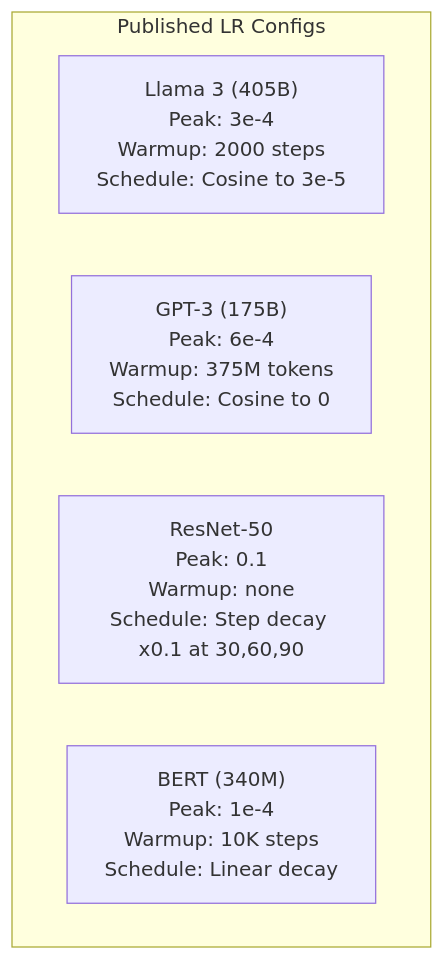
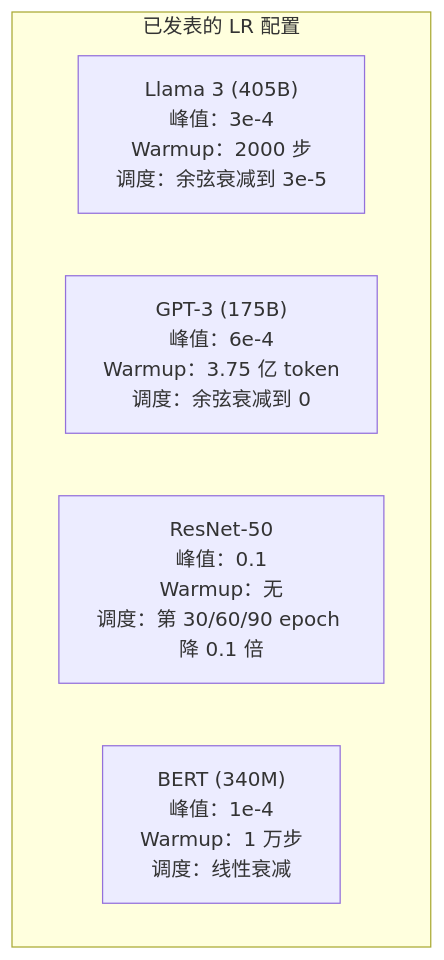
Before and after one commit to alessandrodinisio-ai/ai-engineering-learning-framework: the third of 3 diagrams in phases/03-deep-learning-core/09-learning-rate-schedules/docs/zh.md, drawn with Mermaid. The commit also changed other lines of this file and 120 other files, not shown here.

First line of the commit message:
i18n(mermaid): 337 个 mermaid 图表标签中文化

````diff
--- a/phases/03-deep-learning-core/09-learning-rate-schedules/docs/zh.md
+++ b/phases/03-deep-learning-core/09-learning-rate-schedules/docs/zh.md
@@ -145,9 +145,9 @@
 ```mermaid
 graph TD
-    subgraph "Published LR Configs"
-        L3["Llama 3 (405B)<br/>Peak: 3e-4<br/>Warmup: 2000 steps<br/>Schedule: Cosine to 3e-5"]
-        G3["GPT-3 (175B)<br/>Peak: 6e-4<br/>Warmup: 375M tokens<br/>Schedule: Cosine to 0"]
-        R50["ResNet-50<br/>Peak: 0.1<br/>Warmup: none<br/>Schedule: Step decay x0.1 at 30,60,90"]
-        B["BERT (340M)<br/>Peak: 1e-4<br/>Warmup: 10K steps<br/>Schedule: Linear decay"]
+    subgraph "已发表的 LR 配置"
+        L3["Llama 3 (405B)<br/>峰值：3e-4<br/>Warmup：2000 步<br/>调度：余弦衰减到 3e-5"]
+        G3["GPT-3 (175B)<br/>峰值：6e-4<br/>Warmup：3.75 亿 token<br/>调度：余弦衰减到 0"]
+        R50["ResNet-50<br/>峰值：0.1<br/>Warmup：无<br/>调度：第 30/60/90 epoch 降 0.1 倍"]
+        B["BERT (340M)<br/>峰值：1e-4<br/>Warmup：1 万步<br/>调度：线性衰减"]
     end
 ```
````
